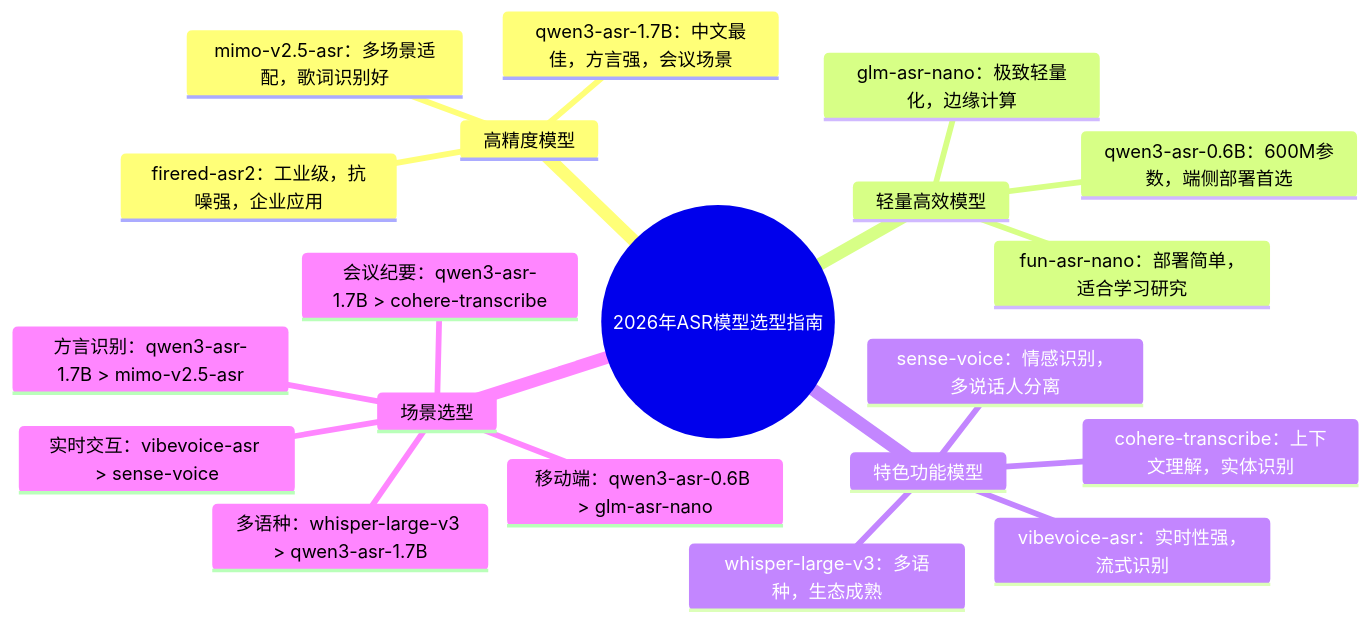
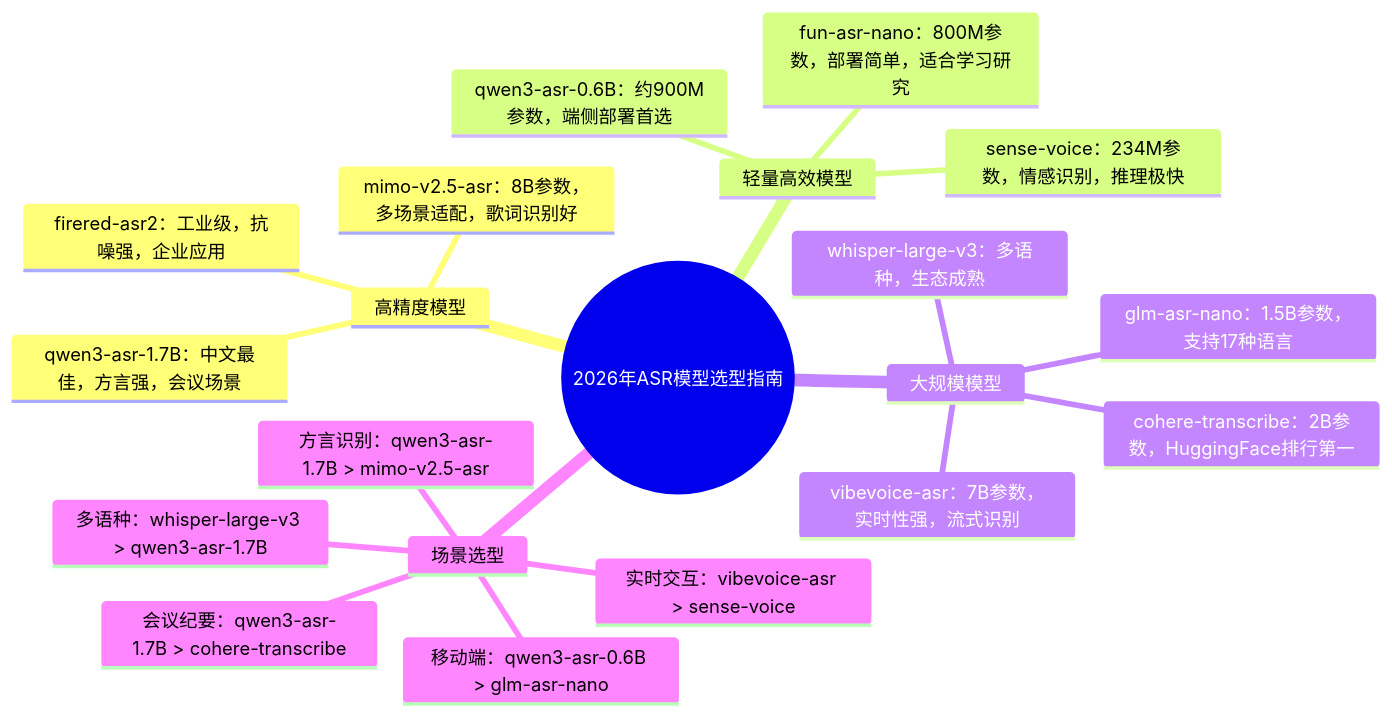
One commit to eating-and-drinking/firedog changed the diagram in docs/ASR_Technology_Selection.md. Above: the diagram before and after it, drawn with Mermaid. The commit also changed other lines of this file and 21 other files, not shown here.

````diff
--- a/docs/ASR_Technology_Selection.md
+++ b/docs/ASR_Technology_Selection.md
@@ -260,23 +278,23 @@
 ```mermaid
 mindmap
   root((2026年ASR模型选型指南))
     高精度模型
       qwen3-asr-1.7B：中文最佳，方言强，会议场景
+      mimo-v2.5-asr：8B参数，多场景适配，歌词识别好
       firered-asr2：工业级，抗噪强，企业应用
-      mimo-v2.5-asr：多场景适配，歌词识别好
     轻量高效模型
-      qwen3-asr-0.6B：600M参数，端侧部署首选
-      fun-asr-nano：部署简单，适合学习研究
-      glm-asr-nano：极致轻量化，边缘计算
-    特色功能模型
-      vibevoice-asr：实时性强，流式识别
-      cohere-transcribe：上下文理解，实体识别
-      sense-voice：情感识别，多说话人分离
+      qwen3-asr-0.6B：约900M参数，端侧部署首选
+      fun-asr-nano：800M参数，部署简单，适合学习研究
+      sense-voice：234M参数，情感识别，推理极快
+    大规模模型
+      vibevoice-asr：7B参数，实时性强，流式识别
+      cohere-transcribe：2B参数，HuggingFace排行第一
+      glm-asr-nano：1.5B参数，支持17种语言
       whisper-large-v3：多语种，生态成熟
     场景选型
       会议纪要：qwen3-asr-1.7B > cohere-transcribe
       实时交互：vibevoice-asr > sense-voice
       方言识别：qwen3-asr-1.7B > mimo-v2.5-asr
       移动端：qwen3-asr-0.6B > glm-asr-nano
       多语种：whisper-large-v3 > qwen3-asr-1.7B
 ```
````
